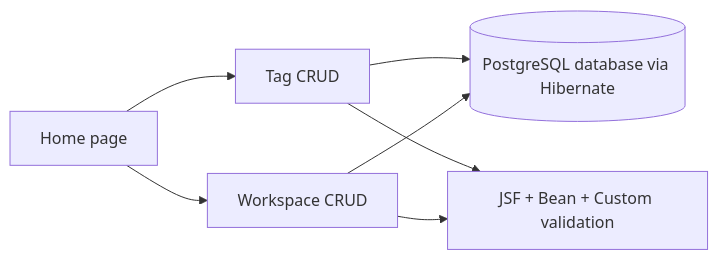
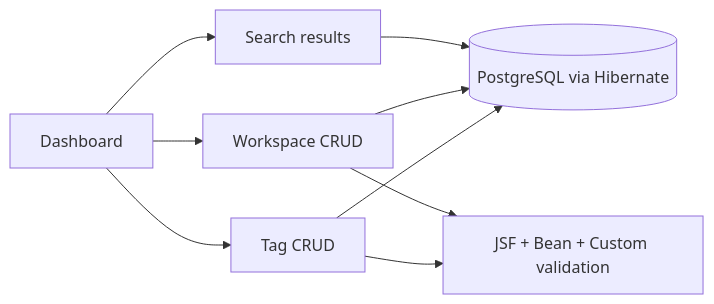
One commit to Jess-xca/Notekeeper_JSF changed the third of 4 diagrams in docs/NoteKeeper_Phase1_Project_Proposal.md. Above: the diagram before and after it, drawn with Mermaid. The commit also changed other lines of this file and 3 other files, not shown here.

````diff
--- a/docs/NoteKeeper_Phase1_Project_Proposal.md
+++ b/docs/NoteKeeper_Phase1_Project_Proposal.md
@@ -137,9 +137,11 @@
 ```mermaid
 flowchart LR
-    A[Home page] --> B[Tag CRUD]
+    A[Dashboard] --> B[Tag CRUD]
     A --> C[Workspace CRUD]
-    B --> D[(PostgreSQL database via Hibernate)]
+    A --> S[Search results]
+    B --> D[(PostgreSQL via Hibernate)]
     C --> D
+    S --> D
     B --> E[JSF + Bean + Custom validation]
     C --> E
 ```
````
